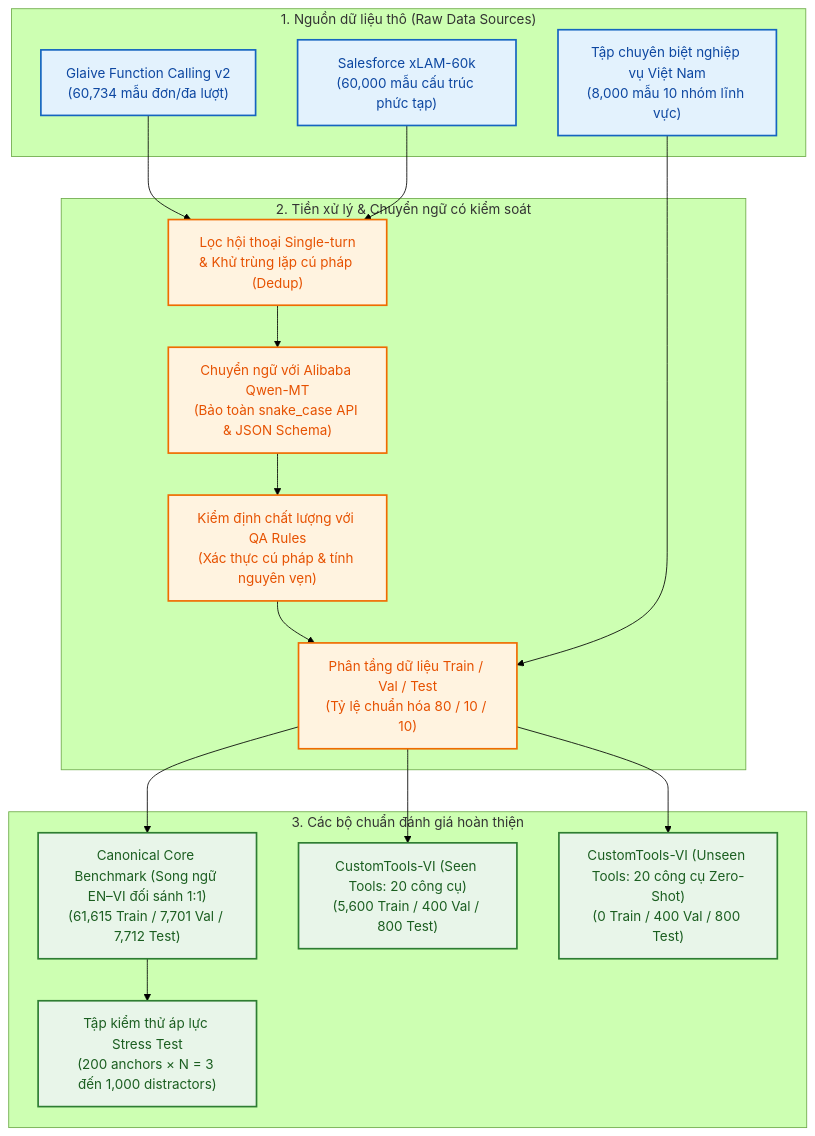
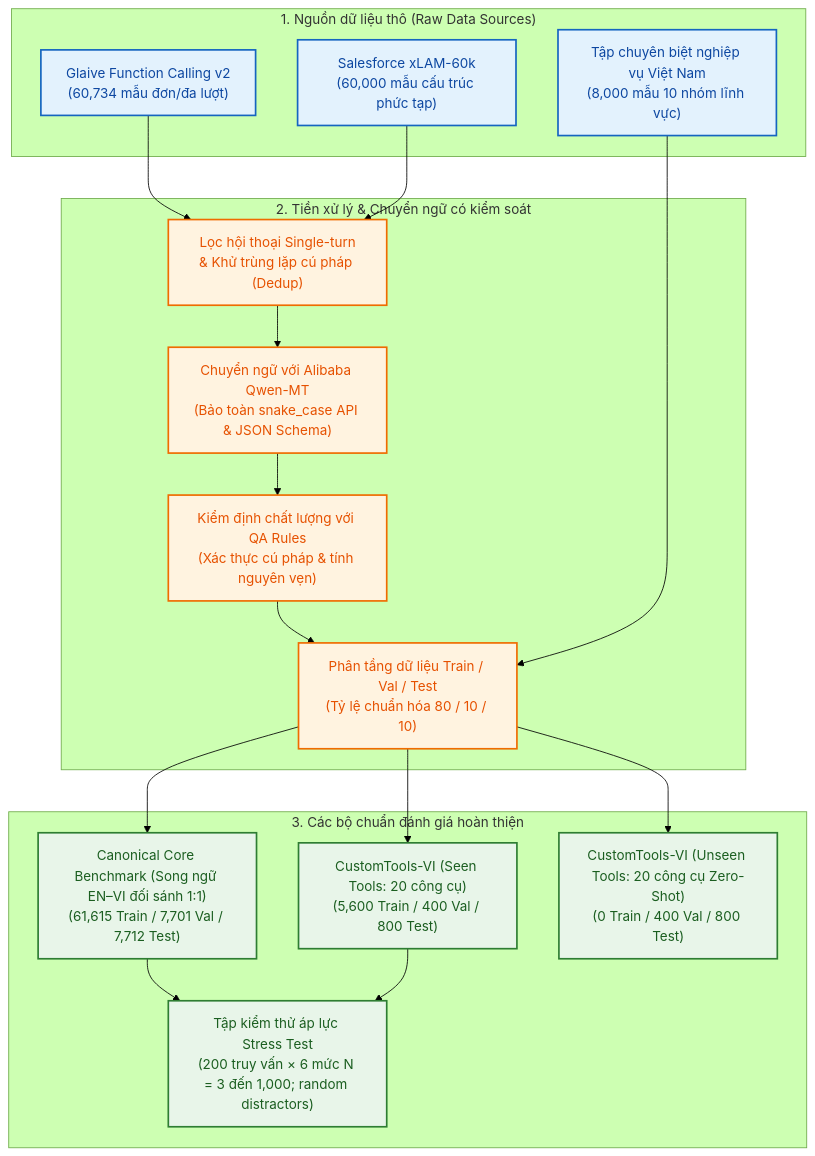
One commit to TristanDao/tool_calling_with_retrieval_extraction changed the second of 3 diagrams in thesis/khoa_luan_tot_nghiep.md. Above: the diagram before and after it, drawn with Mermaid (forest theme). The commit also changed other lines of this file and 62 other files, not shown here.

````diff
--- a/thesis/khoa_luan_tot_nghiep.md
+++ b/thesis/khoa_luan_tot_nghiep.md
@@ -515,38 +515,39 @@
 ```mermaid
 graph TD
     classDef source fill:#e3f2fd,stroke:#1565c0,stroke-width:2px,color:#0d47a1;
     classDef process fill:#fff3e0,stroke:#ef6c00,stroke-width:2px,color:#e65100;
     classDef dataset fill:#e8f5e9,stroke:#2e7d32,stroke-width:2px,color:#1b5e20;
 
     subgraph Sources ["1. Nguồn dữ liệu thô (Raw Data Sources)"]
         Glaive["Glaive Function Calling v2<br/>(60,734 mẫu đơn/đa lượt)"]:::source
         xLAM["Salesforce xLAM-60k<br/>(60,000 mẫu cấu trúc phức tạp)"]:::source
         CustomRaw["Tập chuyên biệt nghiệp vụ Việt Nam<br/>(8,000 mẫu 10 nhóm lĩnh vực)"]:::source
     end
 
     subgraph Pipeline ["2. Tiền xử lý & Chuyển ngữ có kiểm soát"]
         Filter["Lọc hội thoại Single-turn<br/>& Khử trùng lặp cú pháp (Dedup)"]:::process
         Translate["Chuyển ngữ với Alibaba Qwen-MT<br/>(Bảo toàn snake_case API & JSON Schema)"]:::process
         QACheck["Kiểm định chất lượng với QA Rules<br/>(Xác thực cú pháp & tính nguyên vẹn)"]:::process
         StratifiedSplit["Phân tầng dữ liệu Train / Val / Test<br/>(Tỷ lệ chuẩn hóa 80 / 10 / 10)"]:::process
     end
 
     subgraph Targets ["3. Các bộ chuẩn đánh giá hoàn thiện"]
         CoreBenchmark["Canonical Core Benchmark (Song ngữ EN–VI đối sánh 1:1)<br/>(61,615 Train / 7,701 Val / 7,712 Test)"]:::dataset
         CustomSeen["CustomTools-VI (Seen Tools: 20 công cụ)<br/>(5,600 Train / 400 Val / 800 Test)"]:::dataset
         CustomUnseen["CustomTools-VI (Unseen Tools: 20 công cụ Zero-Shot)<br/>(0 Train / 400 Val / 800 Test)"]:::dataset
-        StressSet["Tập kiểm thử áp lực Stress Test<br/>(200 anchors × N = 3 đến 1,000 distractors)"]:::dataset
+        StressSet["Tập kiểm thử áp lực Stress Test<br/>(200 truy vấn × 6 mức N = 3 đến 1,000; random distractors)"]:::dataset
     end
 
     Glaive --> Filter
     xLAM --> Filter
     Filter --> Translate
     Translate --> QACheck
     QACheck --> StratifiedSplit
     CustomRaw --> StratifiedSplit
 
     StratifiedSplit --> CoreBenchmark
     StratifiedSplit --> CustomSeen
     StratifiedSplit --> CustomUnseen
     CoreBenchmark --> StressSet
+    CustomSeen --> StressSet
 ```
````
